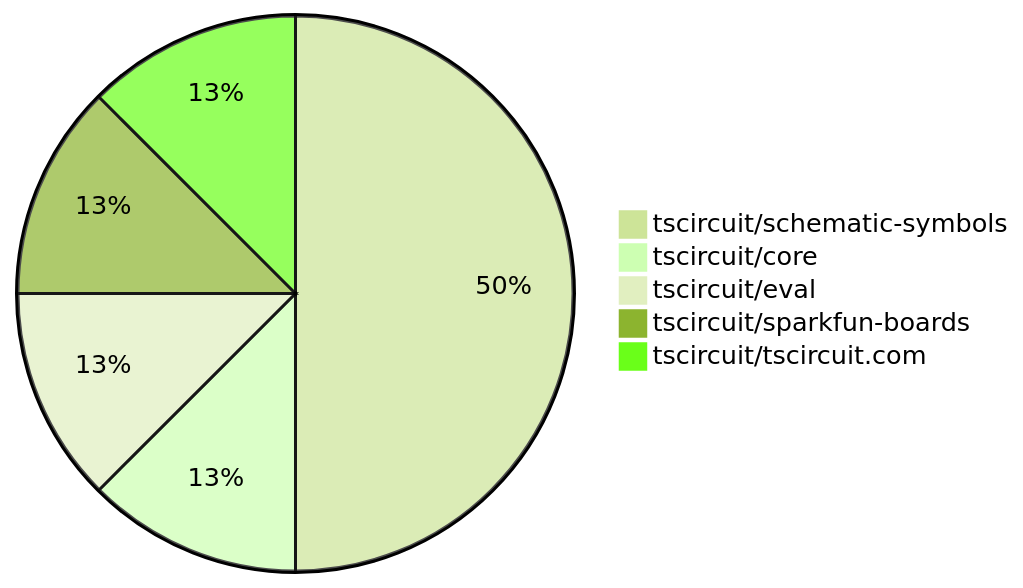
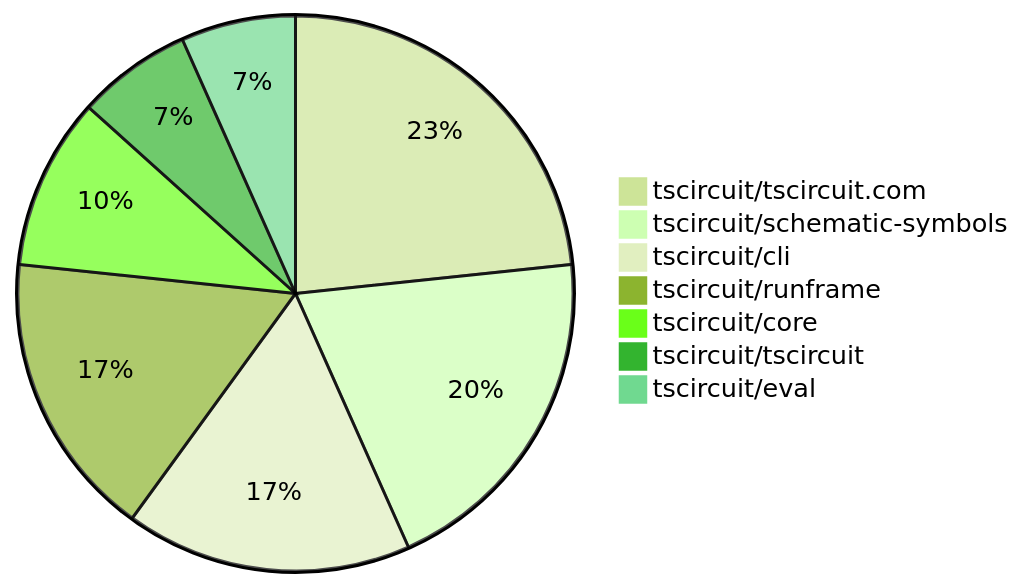
Before and after one commit to tscircuit/contribution-tracker: the second of 2 diagrams in contribution-overviews/2025-07-16.md, drawn with Mermaid (forest theme). The commit also changed other lines of this file and 3 other files, not shown here.

````diff
--- a/contribution-overviews/2025-07-16.md
+++ b/contribution-overviews/2025-07-16.md
@@ -53,8 +68,10 @@
 ```mermaid
 pie
-    "tscircuit/schematic-symbols" : 4
-    "tscircuit/core" : 1
-    "tscircuit/eval" : 1
-    "tscircuit/sparkfun-boards" : 1
-    "tscircuit/tscircuit.com" : 1
+    "tscircuit/tscircuit.com" : 7
+    "tscircuit/schematic-symbols" : 6
+    "tscircuit/cli" : 5
+    "tscircuit/runframe" : 5
+    "tscircuit/core" : 3
+    "tscircuit/tscircuit" : 2
+    "tscircuit/eval" : 2
 ```
````
